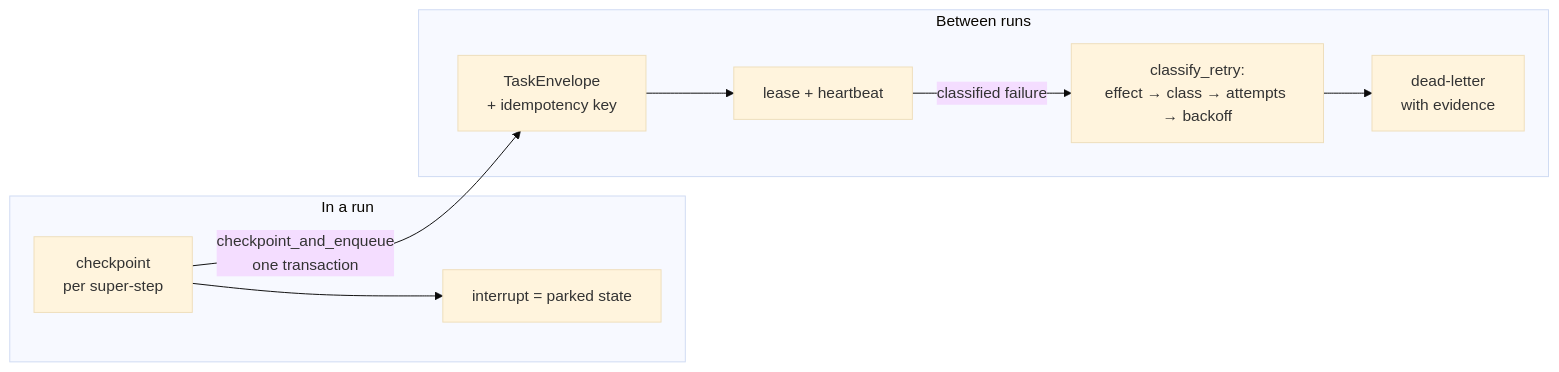
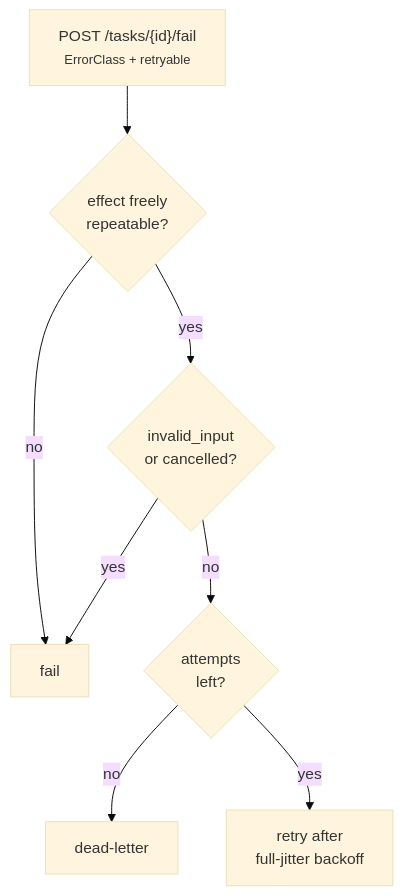
One commit to dev-amjad-shaikh/aboutrusty-site changed the diagram in aboutrusty/guide/10-durability.md. Above: the diagram before and after it, drawn with Mermaid (base theme). The commit also changed other lines of this file and 18 other files, not shown here.

````diff
--- a/aboutrusty/guide/10-durability.md
+++ b/aboutrusty/guide/10-durability.md
@@ -50,12 +63,10 @@
 ```mermaid
-flowchart LR
-    subgraph run["In a run"]
-        CP["checkpoint<br>per super-step"] --> INT["interrupt = parked state"]
-    end
-    subgraph queue["Between runs"]
-        ENV["TaskEnvelope<br>+ idempotency key"] --> LEASE["lease + heartbeat"]
-        LEASE -->|"classified failure"| GATES["classify_retry:<br>effect → class → attempts → backoff"]
-        GATES --> DLQ["dead-letter<br>with evidence"]
-    end
-    CP -->|"checkpoint_and_enqueue<br>one transaction"| ENV
+flowchart TD
+    F["POST /tasks/{id}/fail<br><small>ErrorClass + retryable</small>"] --> E{"effect freely<br>repeatable?"}
+    E -->|no| FAIL["fail"]
+    E -->|yes| C{"invalid_input<br>or cancelled?"}
+    C -->|yes| FAIL
+    C -->|no| A{"attempts<br>left?"}
+    A -->|no| DLQ["dead-letter"]
+    A -->|yes| R["retry after<br>full-jitter backoff"]
 ```
````
